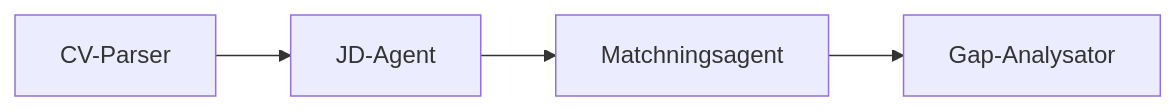
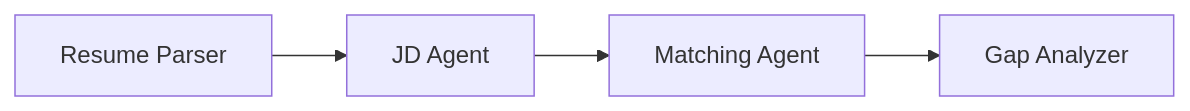
One commit to microsoft-foundry/Foundry_Toolkit_for_VSCode_Lab changed the first of 2 diagrams in translations/da/workshop/lab02-multi-agent/docs/04-orchestration-patterns.md. Above: the diagram before and after it, drawn with Mermaid. The commit also changed other lines of this file and 83 other files, not shown here.

````diff
--- a/translations/da/workshop/lab02-multi-agent/docs/04-orchestration-patterns.md
+++ b/translations/da/workshop/lab02-multi-agent/docs/04-orchestration-patterns.md
@@ -13,6 +13,6 @@
 ```mermaid
 flowchart LR
-    RP[CV-Parser] --> JD[JD-Agent]
-    JD --> MA[Matchningsagent]
-    MA --> GA[Gap-Analysator]
+    RP[Resume Parser] --> JD[JD Agent]
+    JD --> MA[Matching Agent]
+    MA --> GA[Gap Analyzer]
 ```
````
